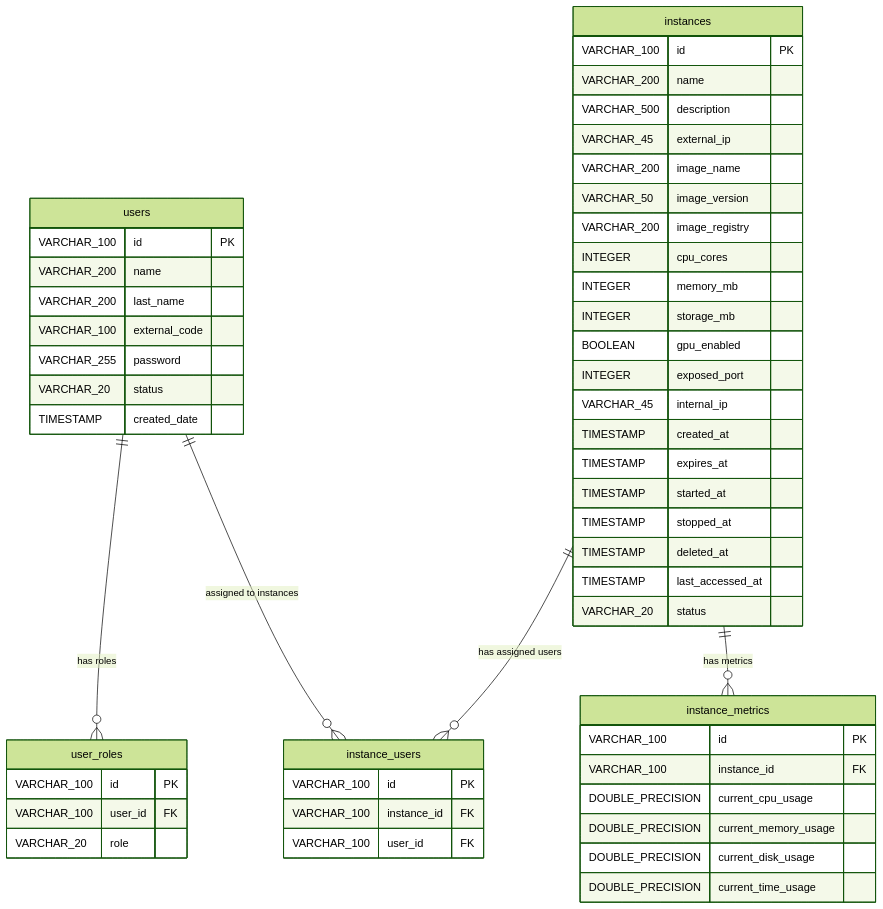
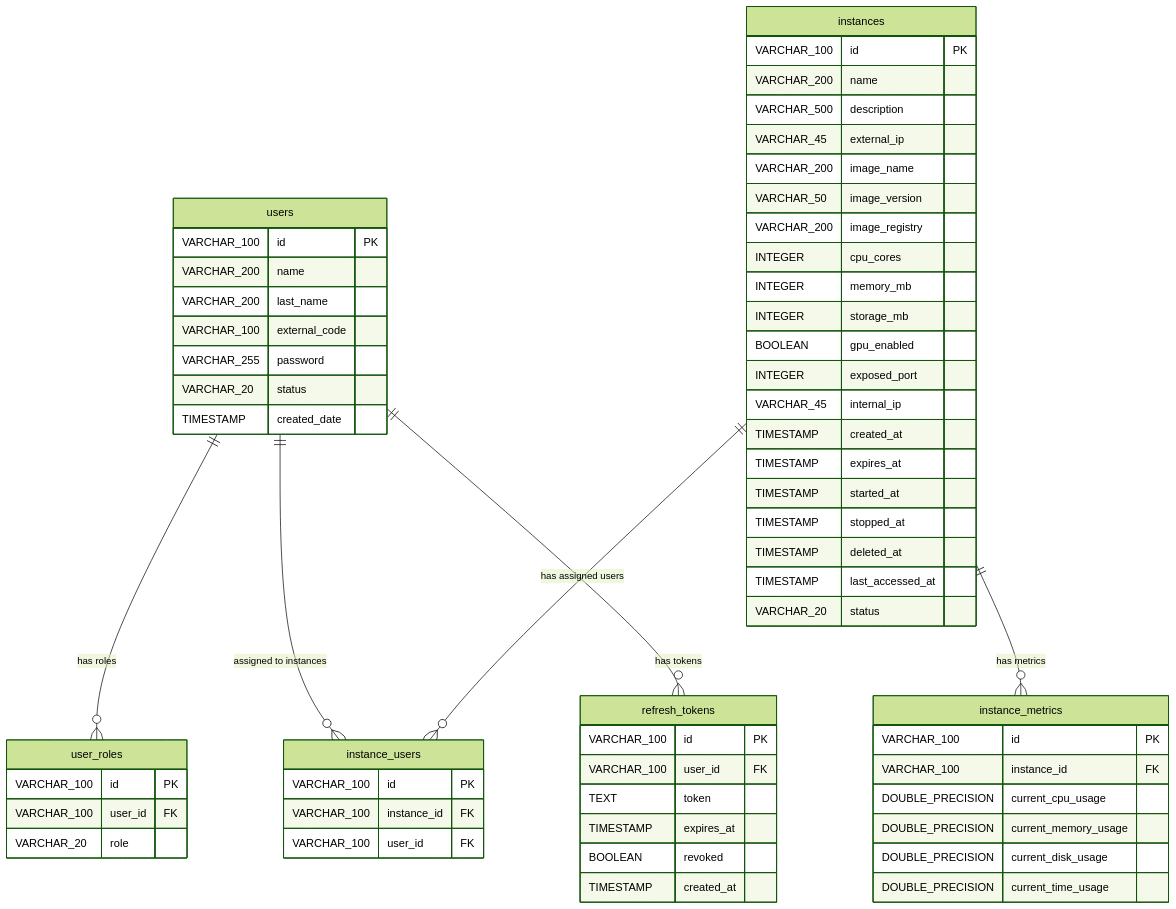
The diagram in architecture/DATABASE.md (Univalle-Gadim-Lab/virtual-lab-platform), drawn with Mermaid (forest theme) before and after one commit. The commit also changed other lines of this file and 1 other file, not shown here.

First line of the commit message:
docs(database): add refresh_tokens table and authentication domain

````diff
--- a/architecture/DATABASE.md
+++ b/architecture/DATABASE.md
@@ -9,61 +9,71 @@
 ```mermaid
 erDiagram
     users {
         VARCHAR_100 id PK
         VARCHAR_200 name
         VARCHAR_200 last_name
         VARCHAR_100 external_code
         VARCHAR_255 password
         VARCHAR_20 status
         TIMESTAMP created_date
     }
 
     user_roles {
         VARCHAR_100 id PK
         VARCHAR_100 user_id FK
         VARCHAR_20 role
     }
 
     instances {
         VARCHAR_100 id PK
         VARCHAR_200 name
         VARCHAR_500 description
         VARCHAR_45 external_ip
         VARCHAR_200 image_name
         VARCHAR_50 image_version
         VARCHAR_200 image_registry
         INTEGER cpu_cores
         INTEGER memory_mb
         INTEGER storage_mb
         BOOLEAN gpu_enabled
         INTEGER exposed_port
         VARCHAR_45 internal_ip
         TIMESTAMP created_at
         TIMESTAMP expires_at
         TIMESTAMP started_at
         TIMESTAMP stopped_at
         TIMESTAMP deleted_at
         TIMESTAMP last_accessed_at
         VARCHAR_20 status
     }
 
     instance_metrics {
         VARCHAR_100 id PK
         VARCHAR_100 instance_id FK
         DOUBLE_PRECISION current_cpu_usage
         DOUBLE_PRECISION current_memory_usage
         DOUBLE_PRECISION current_disk_usage
         DOUBLE_PRECISION current_time_usage
     }
 
     instance_users {
         VARCHAR_100 id PK
         VARCHAR_100 instance_id FK
         VARCHAR_100 user_id FK
     }
 
+    refresh_tokens {
+        VARCHAR_100 id PK
+        VARCHAR_100 user_id FK
+        TEXT token
+        TIMESTAMP expires_at
+        BOOLEAN revoked
+        TIMESTAMP created_at
+    }
+
     users ||--o{ user_roles : "has roles"
     users ||--o{ instance_users : "assigned to instances"
+    users ||--o{ refresh_tokens : "has tokens"
     instances ||--o{ instance_users : "has assigned users"
     instances ||--o{ instance_metrics : "has metrics"
 ```
````
